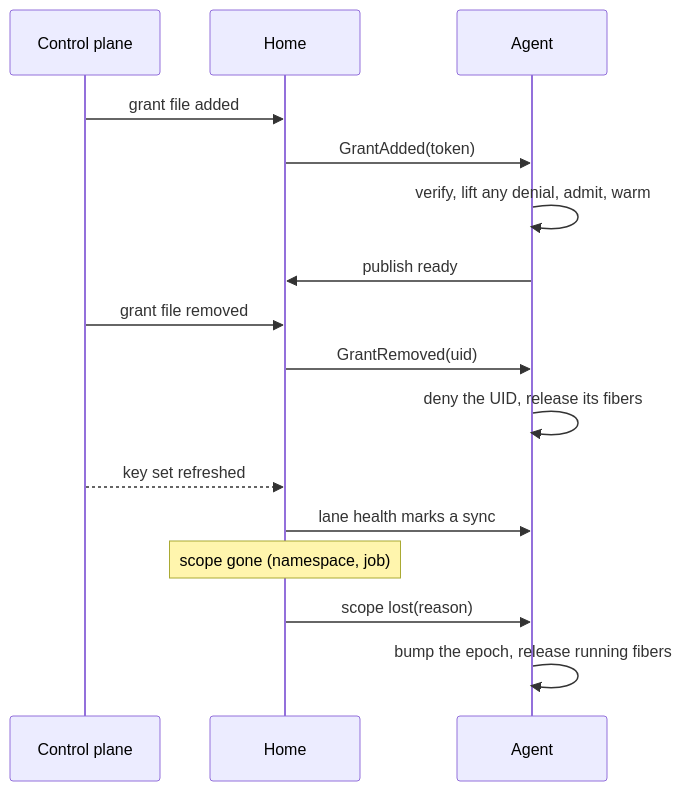
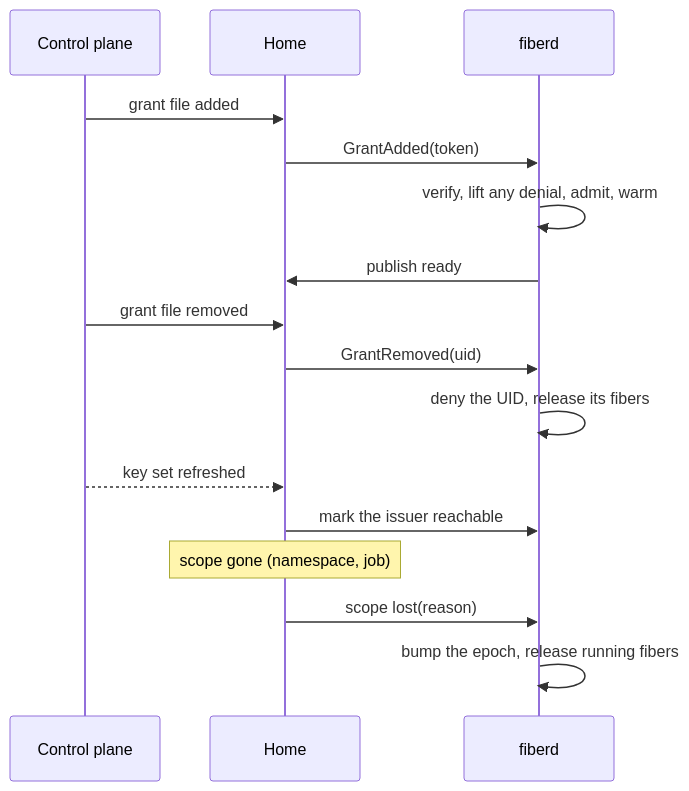
Before and after one commit to helayoty/fiberd: the diagram in docs/design/home.md, drawn with Mermaid. The commit also changed other lines of this file and 286 other files, not shown here.

Commit message:
Call the process fiberd and drop the lane, thrash budget and fabric names

````diff
--- a/docs/design/home.md
+++ b/docs/design/home.md
@@ -23,18 +23,18 @@
 ```mermaid
 sequenceDiagram
   participant CP as Control plane
   participant H as Home
-  participant A as Agent
+  participant A as fiberd
   CP->>H: grant file added
   H->>A: GrantAdded(token)
   A->>A: verify, lift any denial, admit, warm
   A->>H: publish ready
   CP->>H: grant file removed
   H->>A: GrantRemoved(uid)
   A->>A: deny the UID, release its fibers
   CP-->>H: key set refreshed
-  H->>A: lane health marks a sync
+  H->>A: mark the issuer reachable
   Note over H: scope gone (namespace, job)
   H->>A: scope lost(reason)
   A->>A: bump the epoch, release running fibers
 ```
````
